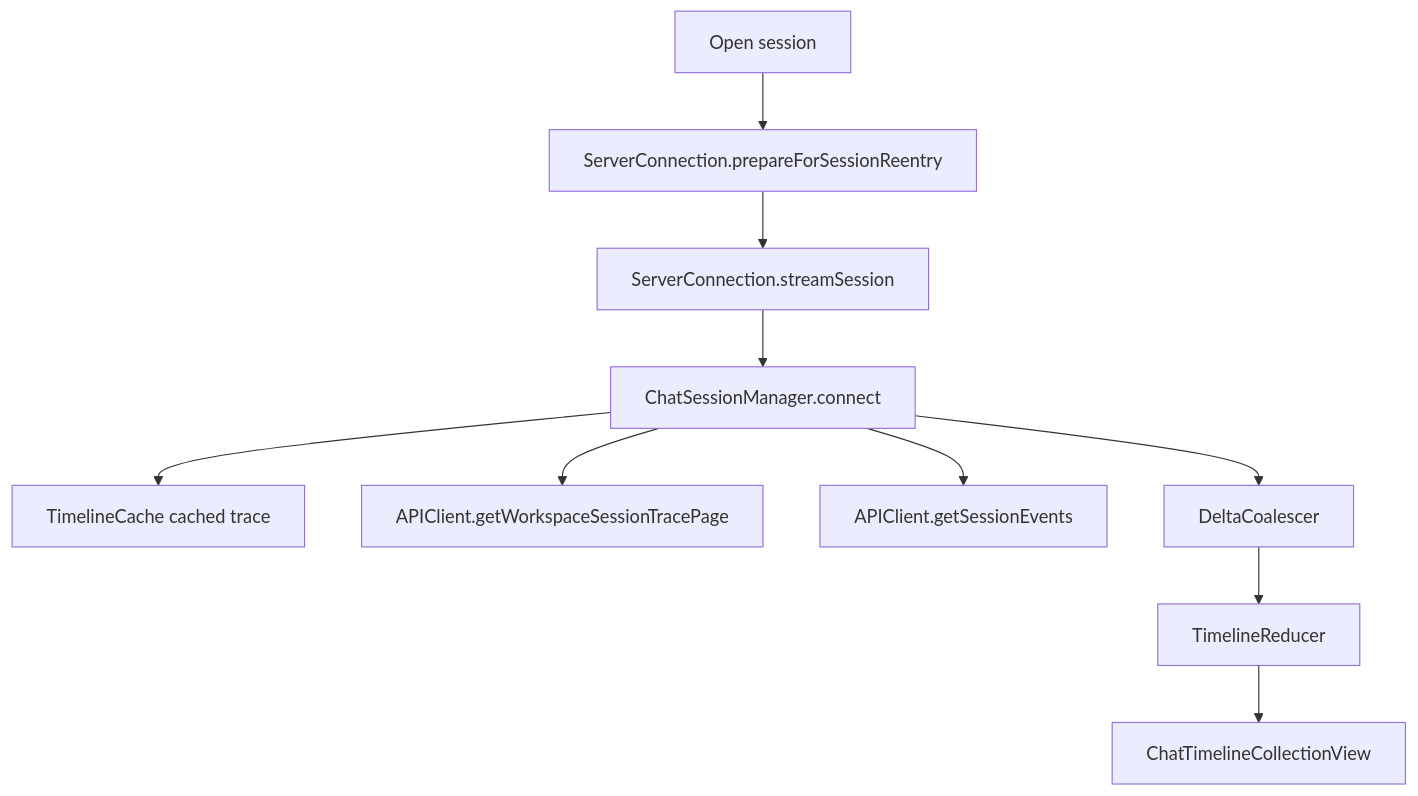
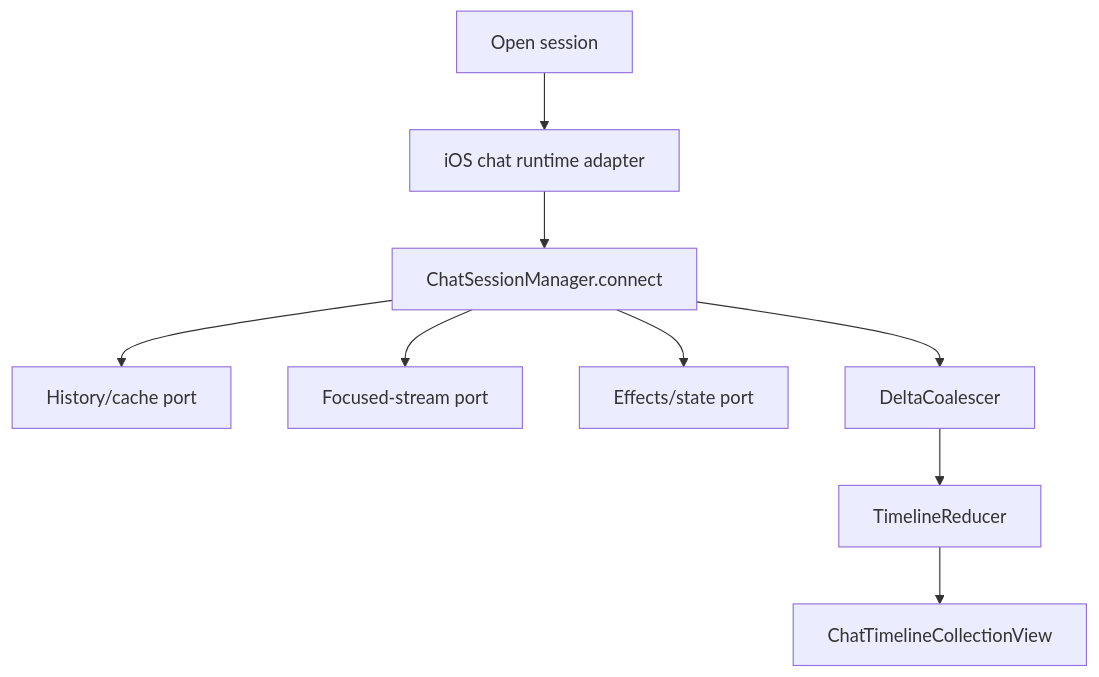
The fourth of 4 diagrams in docs/architecture-client.md (duh17/oppi), drawn with Mermaid before and after one commit. The commit also changed other lines of this file and 280 other files, not shown here.

````diff
--- a/docs/architecture-client.md
+++ b/docs/architecture-client.md
@@ -188,23 +191,21 @@
 ```mermaid
 graph TD
   Open[Open session]
-  Prepare[ServerConnection.prepareForSessionReentry]
-  Stream[ServerConnection.streamSession]
+  Adapter[iOS chat runtime adapter]
   Manager[ChatSessionManager.connect]
-  Cache[TimelineCache cached trace]
-  Fresh[APIClient.getWorkspaceSessionTracePage]
-  Catchup[APIClient.getSessionEvents]
+  Cache[History/cache port]
+  Stream[Focused-stream port]
+  Effects[Effects/state port]
   Coalescer[DeltaCoalescer]
   Reducer[TimelineReducer]
   UIKit[ChatTimelineCollectionView]
 
-  Open --> Prepare
-  Prepare --> Stream
-  Stream --> Manager
+  Open --> Adapter
+  Adapter --> Manager
   Manager --> Cache
-  Manager --> Fresh
-  Manager --> Catchup
+  Manager --> Stream
+  Manager --> Effects
   Manager --> Coalescer
   Coalescer --> Reducer
   Reducer --> UIKit
 ```
````
